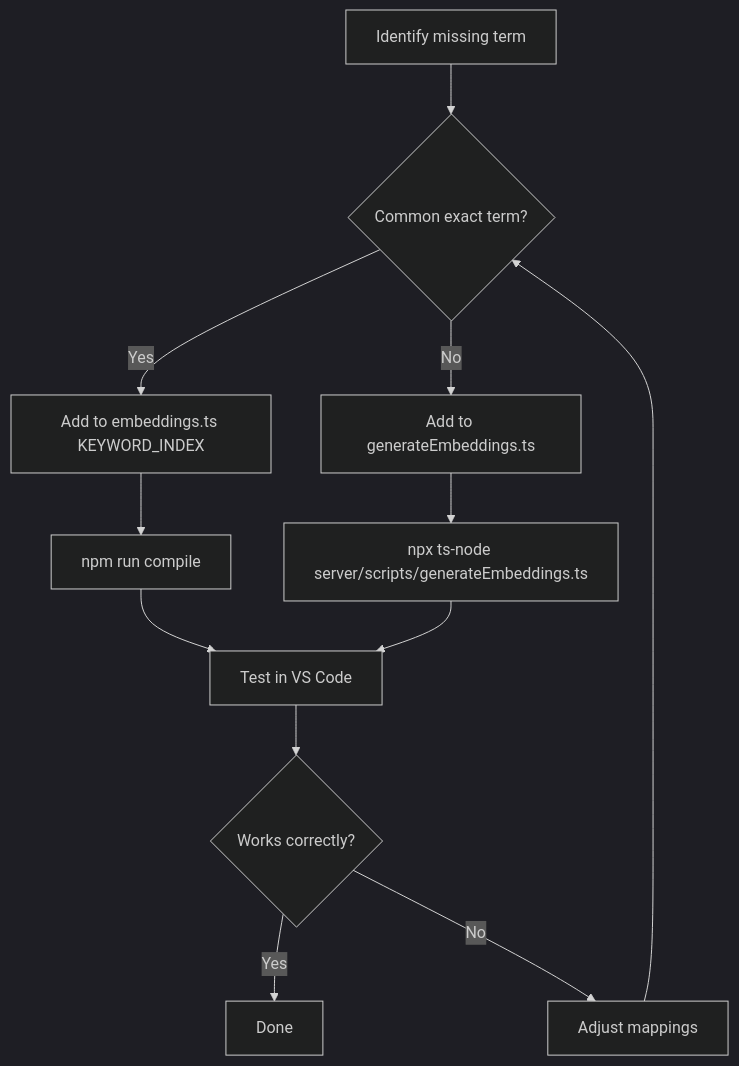
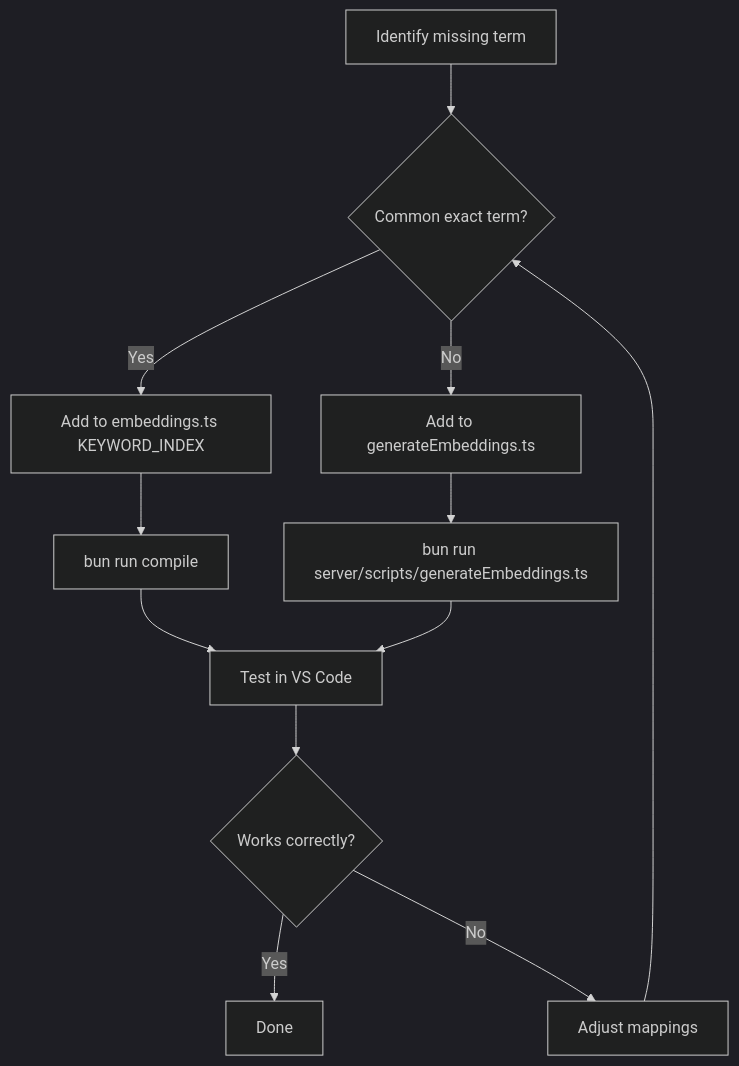
The diagram in docs/extending.md (hed-standard/hed-lsp), drawn with Mermaid (dark theme) before and after one commit. The commit also changed other lines of this file and 17 other files, not shown here.

````diff
--- a/docs/extending.md
+++ b/docs/extending.md
@@ -50,18 +50,18 @@
 ```mermaid
 flowchart TD
     A[Identify missing term] --> B{Common exact term?}
 
     B -->|Yes| C[Add to embeddings.ts KEYWORD_INDEX]
     B -->|No| D[Add to generateEmbeddings.ts]
 
-    C --> E[npm run compile]
-    D --> F[npx ts-node server/scripts/generateEmbeddings.ts]
+    C --> E[bun run compile]
+    D --> F[bun run server/scripts/generateEmbeddings.ts]
 
     E --> G[Test in VS Code]
     F --> G
 
     G --> H{Works correctly?}
     H -->|Yes| I[Done]
     H -->|No| J[Adjust mappings]
     J --> B
 ```
````
